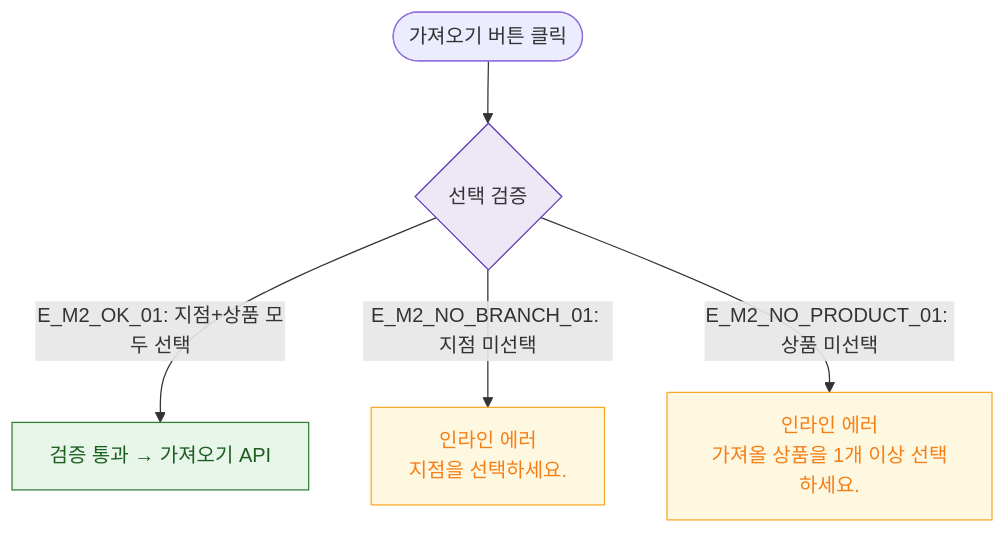
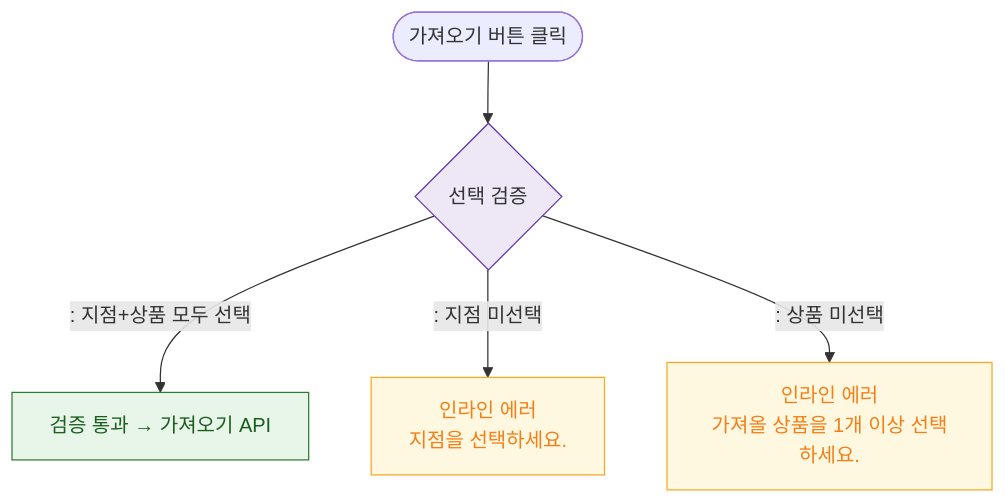
Before and after one commit to dev-spogym/admin-pando: the diagram in docs/다이어그램/D05_상품관리/DLG/DLG-P005_상품가져오기/M2_필드검증.md, drawn with Mermaid. The commit also changed other lines of this file and 1660 other files, not shown here.

First line of the commit message:
다이어그램: 기획자/클라이언트 납품본으로 정리

````diff
--- a/docs/다이어그램/D05_상품관리/DLG/DLG-P005_상품가져오기/M2_필드검증.md
+++ b/docs/다이어그램/D05_상품관리/DLG/DLG-P005_상품가져오기/M2_필드검증.md
@@ -16,14 +14,14 @@
 ```mermaid
 flowchart TD
     SUBMIT([가져오기 버튼 클릭]) --> CheckSelection{선택 검증}
-    CheckSelection -->|"E_M2_OK_01: 지점+상품 모두 선택"| Pass[검증 통과 → 가져오기 API]
-    CheckSelection -->|"E_M2_NO_BRANCH_01: 지점 미선택"| ErrBranch[인라인 에러\n지점을 선택하세요.]
-    CheckSelection -->|"E_M2_NO_PRODUCT_01: 상품 미선택"| ErrProduct[인라인 에러\n가져올 상품을 1개 이상 선택하세요.]
+    CheckSelection -->|": 지점+상품 모두 선택"|Pass[검증 통과 → 가져오기 API]
+    CheckSelection -->|": 지점 미선택"|ErrBranch[인라인 에러\n지점을 선택하세요.]
+    CheckSelection -->|": 상품 미선택"|ErrProduct[인라인 에러\n가져올 상품을 1개 이상 선택하세요.]
 
     classDef success fill:#E8F5E9,stroke:#2E7D32,color:#1B5E20
     classDef warning fill:#FFF8E1,stroke:#F9A825,color:#F57F17
     classDef system fill:#EDE7F6,stroke:#5E35B2
     class Pass success
     class ErrBranch,ErrProduct warning
     class CheckSelection system
 ```
````
